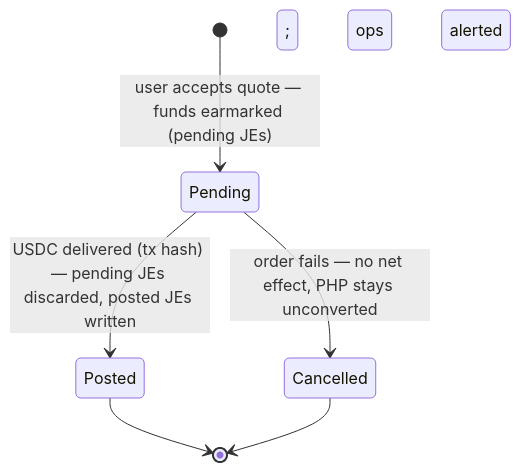
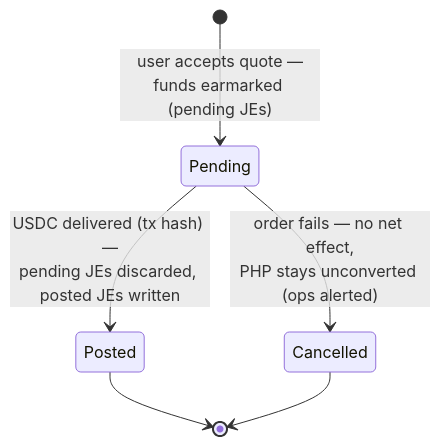
The diagram in tracks/c-usdc-vasp-privy/research/diagrams/order-lifecycle.mmd (STAbraham/stablecoin-project), drawn with Mermaid before and after one commit. The commit also changed 21 other files, not shown here.

Commit message:
Team-doc rendering fix: vertical diagram layouts, print-DPI PNGs, styled docx reference (Arial hierarchy); pipeline scripts into tools/

```diff
--- a/tracks/c-usdc-vasp-privy/research/diagrams/order-lifecycle.mmd
+++ b/tracks/c-usdc-vasp-privy/research/diagrams/order-lifecycle.mmd
@@ -1,6 +1,6 @@
 stateDiagram-v2
-    [*] --> Pending: user accepts quote — funds earmarked (pending JEs)
-    Pending --> Posted: USDC delivered (tx hash) — pending JEs discarded, posted JEs written
-    Pending --> Cancelled: order fails — no net effect, PHP stays unconverted; ops alerted
+    [*] --> Pending: user accepts quote —<br/>funds earmarked (pending JEs)
+    Pending --> Posted: USDC delivered (tx hash) —<br/>pending JEs discarded, posted JEs written
+    Pending --> Cancelled: order fails — no net effect,<br/>PHP stays unconverted (ops alerted)
     Posted --> [*]
     Cancelled --> [*]
```
